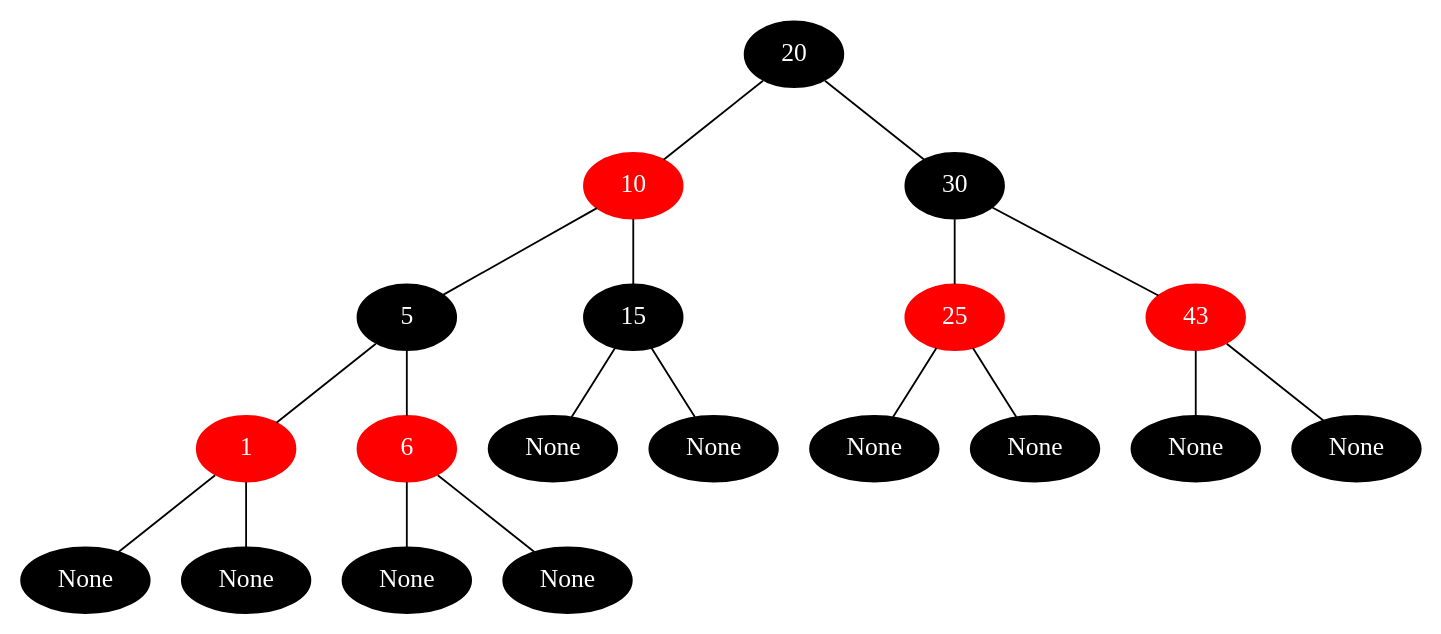
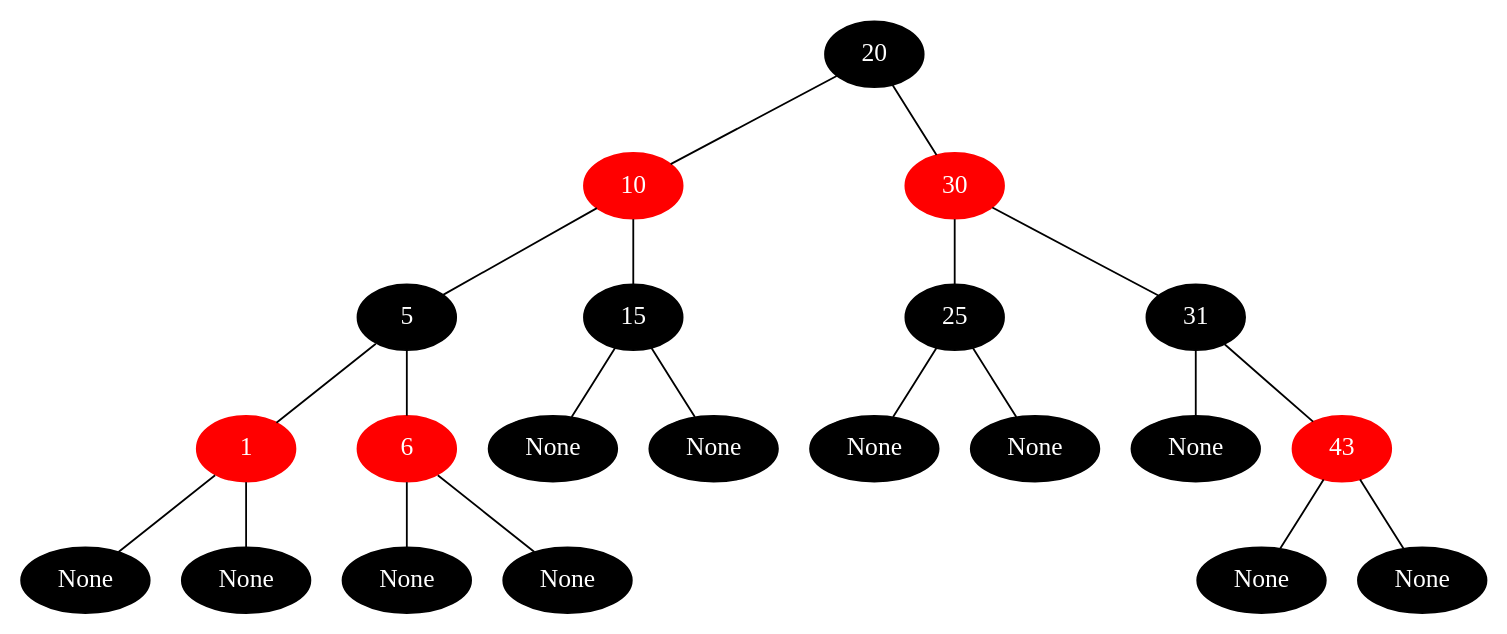
The diagram in rbt.dot (UofA522/Project2), drawn with Graphviz before and after one commit. The commit also changed 3 other files, not shown here.

```diff
--- a/rbt.dot
+++ b/rbt.dot
@@ -1,39 +1,43 @@
 graph {
 	 0 [label="20", color=black, style=filled, fontcolor=white];
 	 1 [label="10", color=red, style=filled, fontcolor=white];
 	 2 [label="5", color=black, style=filled, fontcolor=white];
 	 3 [label="1", color=red, style=filled, fontcolor=white];
 	 4 [label="None", color=black, style=filled, fontcolor=white];
 	 5 [label="None", color=black, style=filled, fontcolor=white];
 	 6 [label="6", color=red, style=filled, fontcolor=white];
 	 7 [label="None", color=black, style=filled, fontcolor=white];
 	 8 [label="None", color=black, style=filled, fontcolor=white];
 	 9 [label="15", color=black, style=filled, fontcolor=white];
 	 10 [label="None", color=black, style=filled, fontcolor=white];
 	 11 [label="None", color=black, style=filled, fontcolor=white];
-	 12 [label="30", color=black, style=filled, fontcolor=white];
-	 13 [label="25", color=red, style=filled, fontcolor=white];
+	 12 [label="30", color=red, style=filled, fontcolor=white];
+	 13 [label="25", color=black, style=filled, fontcolor=white];
 	 14 [label="None", color=black, style=filled, fontcolor=white];
 	 15 [label="None", color=black, style=filled, fontcolor=white];
-	 16 [label="43", color=red, style=filled, fontcolor=white];
+	 16 [label="31", color=black, style=filled, fontcolor=white];
 	 17 [label="None", color=black, style=filled, fontcolor=white];
-	 18 [label="None", color=black, style=filled, fontcolor=white];
+	 18 [label="43", color=red, style=filled, fontcolor=white];
+	 19 [label="None", color=black, style=filled, fontcolor=white];
+	 20 [label="None", color=black, style=filled, fontcolor=white];
 	 0 -- 1;
 	 1 -- 2;
 	 2 -- 3;
 	 3 -- 4;
 	 3 -- 5;
 	 2 -- 6;
 	 6 -- 7;
 	 6 -- 8;
 	 1 -- 9;
 	 9 -- 10;
 	 9 -- 11;
 	 0 -- 12;
 	 12 -- 13;
 	 13 -- 14;
 	 13 -- 15;
 	 12 -- 16;
 	 16 -- 17;
 	 16 -- 18;
+	 18 -- 19;
+	 18 -- 20;
 }
```
